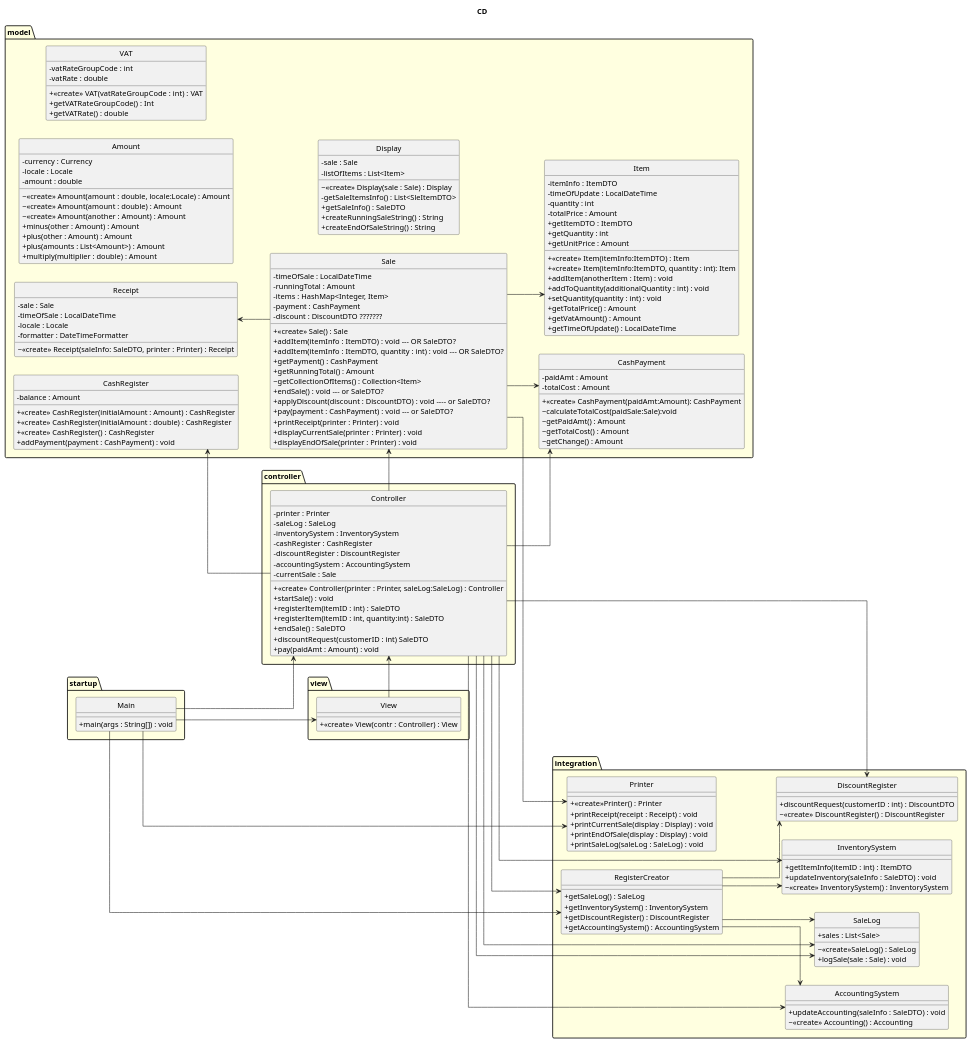
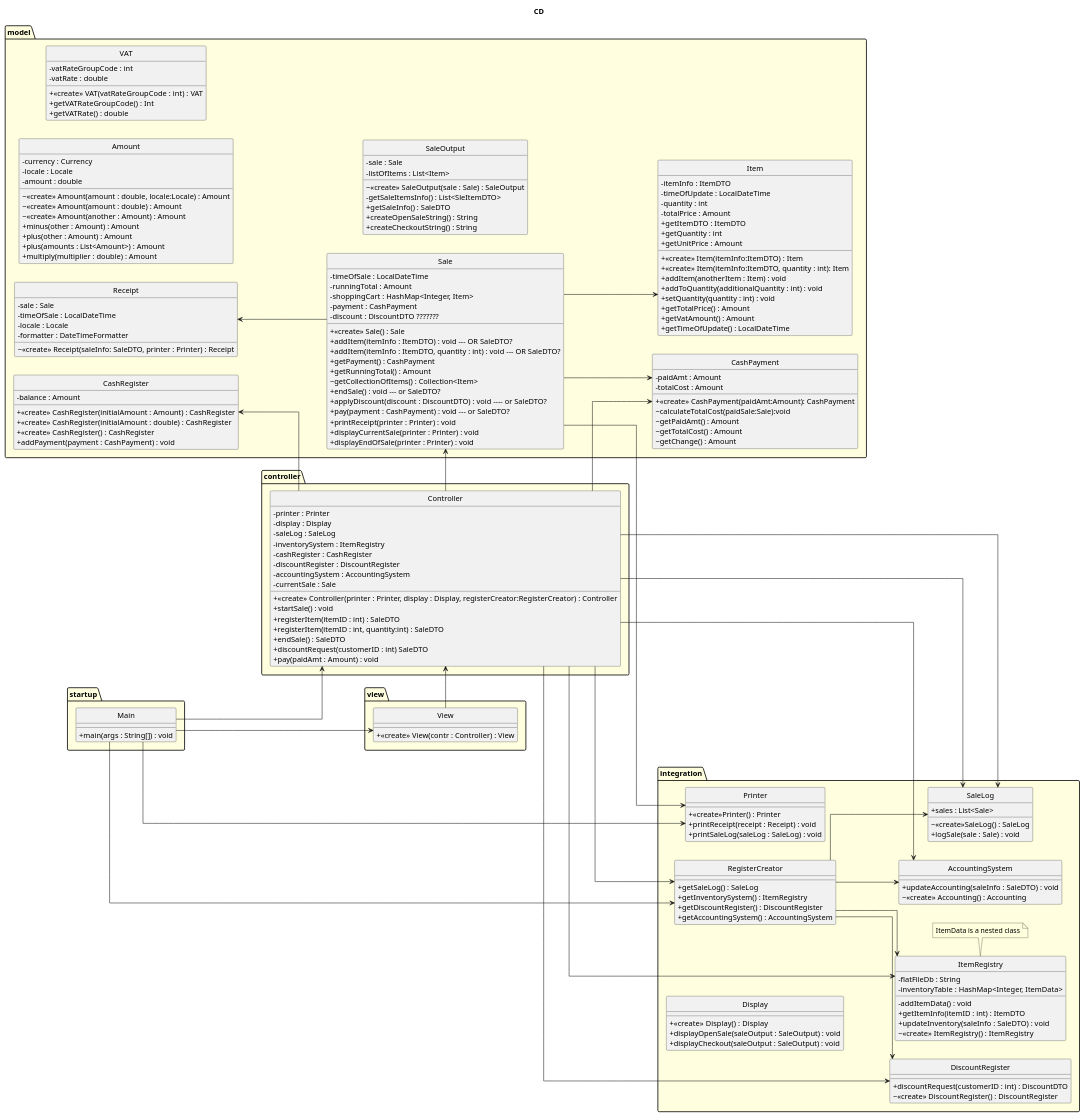
Before and after one commit to VincentFerrigan/kth-iv1350-object-oriented-design: the first of 8 diagrams in uml/uml_v3.puml, drawn with PlantUML. The commit also changed other lines of this file, not shown here.

Commit message:
Updating uml. Not fully updated yet. What to do with SaleDTO? TODO: package privates and end of sale.

```diff
--- a/uml/uml_v3.puml
+++ b/uml/uml_v3.puml
@@ -1,193 +1,200 @@
 @startuml
 'https://plantuml.com/class-diagram
 title CD
 hide circle
 skinparam linetype ortho
 skinparam package {
     BackgroundColor LightYellow
 }
 'top to bottom direction
 left to right direction
 skinparam ClassAttributeIconSize 0
 together {
 package startup {
     class Main{
         +main(args : String[]) : void
     }
 }
     package view {
     class View {
         + <<create>> View(contr : Controller) : View
     }
     }
     package controller {
         class Controller{
             - printer : Printer
+            - display : Display
             - saleLog : SaleLog
-            - inventorySystem : InventorySystem
+            - inventorySystem : ItemRegistry
             - cashRegister : CashRegister
             - discountRegister : DiscountRegister
             - accountingSystem : AccountingSystem
             - currentSale : Sale
-            +<<create>> Controller(printer : Printer, saleLog:SaleLog) : Controller
+            +<<create>> Controller(printer : Printer, display : Display, registerCreator:RegisterCreator) : Controller
             +startSale() : void
             +registerItem(itemID : int) : SaleDTO
             +registerItem(itemID : int, quantity:int) : SaleDTO
             +endSale() : SaleDTO
             +discountRequest(customerID : int) SaleDTO
             +pay(paidAmt : Amount) : void
         }
     }
     package model {
         class Sale{
             - timeOfSale : LocalDateTime
             - runningTotal : Amount
-            - items : HashMap<Integer, Item>
+            - shoppingCart : HashMap<Integer, Item>
             - payment : CashPayment
             - discount : DiscountDTO ???????
 '            - itemName : String
 '            - quantity : int
             + <<create>> Sale() : Sale
             + addItem(itemInfo : ItemDTO) : void --- OR SaleDTO?
             + addItem(itemInfo : ItemDTO, quantity : int) : void --- OR SaleDTO?
             + getPayment() : CashPayment
             + getRunningTotal() : Amount
             ~ getCollectionOfItems() : Collection<Item>
             + endSale() : void --- or SaleDTO?
             + applyDiscount(discount : DiscountDTO) : void ---- or SaleDTO?
             + pay(payment : CashPayment) : void --- or SaleDTO?
             + printReceipt(printer : Printer) : void
             + displayCurrentSale(printer : Printer) : void
             + displayEndOfSale(printer : Printer) : void
         }
         class Item{
             - itemInfo : ItemDTO
             - timeOfUpdate : LocalDateTime
             - quantity : int
             - totalPrice : Amount
             + <<create>> Item(itemInfo:ItemDTO) : Item
             + <<create>> Item(itemInfo:ItemDTO, quantity : int): Item
             + addItem(anotherItem : Item) : void
             + addToQuantity(additionalQuantity : int) : void
             + setQuantity(quantity : int) : void
             + getTotalPrice() : Amount
             + getVatAmount() : Amount
             + getTimeOfUpdate() : LocalDateTime
             + getItemDTO : ItemDTO
             + getQuantity : int
             + getUnitPrice : Amount
 '            + increment():void
 '            + decrement():void
             }
         class CashPayment{
             - paidAmt : Amount
             - totalCost : Amount
             + <<create>> CashPayment(paidAmt:Amount): CashPayment
             ~ calculateTotalCost(paidSale:Sale):void
             ~ getPaidAmt() : Amount
             ~ getTotalCost() : Amount
             ~ getChange() : Amount
             }
         class CashRegister{
             - balance : Amount
             + <<create>> CashRegister(initialAmount : Amount) : CashRegister
             + <<create>> CashRegister(initialAmount : double) : CashRegister
             + <<create>> CashRegister() : CashRegister
             + addPayment(payment : CashPayment) : void
         }
         class Receipt{
             - sale : Sale
             - timeOfSale : LocalDateTime
             - locale : Locale
             - formatter : DateTimeFormatter
             ~ <<create>> Receipt(saleInfo: SaleDTO, printer : Printer) : Receipt
 
         }
         class Amount{
             - currency : Currency
             - locale : Locale
             - amount : double
             ~ <<create>> Amount(amount : double, locale:Locale) : Amount
             ~ <<create>> Amount(amount : double) : Amount
             ~ <<create>> Amount(another : Amount) : Amount
             + minus(other : Amount) : Amount
             + plus(other : Amount) : Amount
             + plus(amounts : List<Amount>) : Amount
             + multiply(multiplier : double) : Amount
         }
         class VAT{
             - vatRateGroupCode : int
             - vatRate : double
             + <<create>> VAT(vatRateGroupCode : int) : VAT
             + getVATRateGroupCode() : Int
             + getVATRate() : double
         }
-        class Display {
+        class SaleOutput {
             - sale : Sale
             - listOfItems : List<Item>
-            ~ <<create>> Display(sale : Sale) : Display
+            ~ <<create>> SaleOutput(sale : Sale) : SaleOutput
             - getSaleItemsInfo() : List<SleItemDTO>
             + getSaleInfo() : SaleDTO
-            + createRunningSaleString() : String
-            + createEndOfSaleString() : String
+            + createOpenSaleString() : String
+            + createCheckoutString() : String
 '           Ska getSaleInfo vara private eller packageprivate? Hur ska den användas externt?
         }
     }
 }
     package integration {
         class RegisterCreator{
             + getSaleLog() : SaleLog
-            + getInventorySystem() : InventorySystem
+            + getInventorySystem() : ItemRegistry
             + getDiscountRegister() : DiscountRegister
             + getAccountingSystem() : AccountingSystem
         }
         class DiscountRegister{
             +discountRequest(customerID : int) : DiscountDTO
             ~<<create>> DiscountRegister() : DiscountRegister
         }
-        class InventorySystem{
-'            +registerItem(itemID : int) : ItemDTO TODO ersättes av getItemInfo. Stämm av med gruppen/VF
-            +getItemInfo(itemID : int) : ItemDTO
-            +updateInventory(saleInfo : SaleDTO) : void
-            ~<<create>> InventorySystem() : InventorySystem
+        class ItemRegistry{
+            - flatFileDb : String
+            - inventoryTable : HashMap<Integer, ItemData>
+            - addItemData() : void
+            + getItemInfo(itemID : int) : ItemDTO
+            + updateInventory(saleInfo : SaleDTO) : void
+            ~ <<create>> ItemRegistry() : ItemRegistry
         }
+            note bottom : ItemData is a nested class
         class SaleLog{
             + sales : List<Sale>
             ~<<create>>SaleLog() : SaleLog
             + logSale(sale : Sale) : void
         }
         class AccountingSystem{
             + updateAccounting(saleInfo : SaleDTO) : void
             ~ <<create>> Accounting() : Accounting
         }
         class Printer{
             + <<create>>Printer() : Printer
             + printReceipt(receipt : Receipt) : void
-            + printCurrentSale(display : Display) : void
-            + printEndOfSale(display : Display) : void
             + printSaleLog(saleLog : SaleLog) : void
+        }
+        class Display{
+            + <<create>> Display() :  Display
+            + displayOpenSale(saleOutput : SaleOutput) : void
+            + displayCheckout(saleOutput : SaleOutput) : void
         }
     }
 Main --> View
 Main -left-> Controller
 Main ---> Printer
 Main ---> RegisterCreator
 Controller -up-> CashRegister
 Controller --> SaleLog
 Controller --> DiscountRegister
 Controller --> AccountingSystem
-Controller --> InventorySystem
+Controller --> ItemRegistry
 Controller --> RegisterCreator
 RegisterCreator --> DiscountRegister
 RegisterCreator --> AccountingSystem
-RegisterCreator --> InventorySystem
+RegisterCreator --> ItemRegistry
 RegisterCreator --> SaleLog
 View -right-> Controller
 Controller --> Sale
 Controller --> CashPayment
 Sale --> CashPayment
 Controller --> SaleLog
 Receipt <-- Sale
 Sale --> Printer
 Sale --> Item
 @enduml
```
